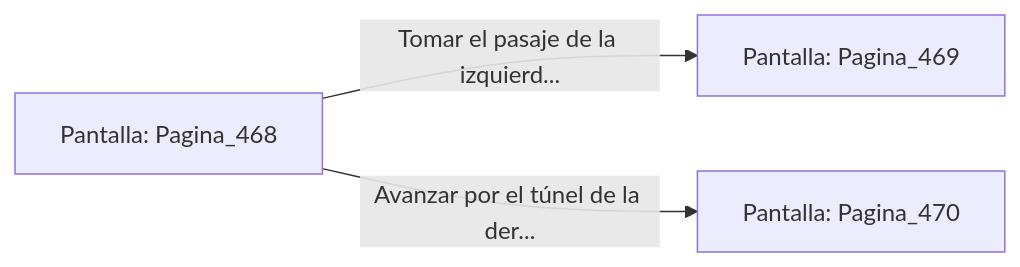
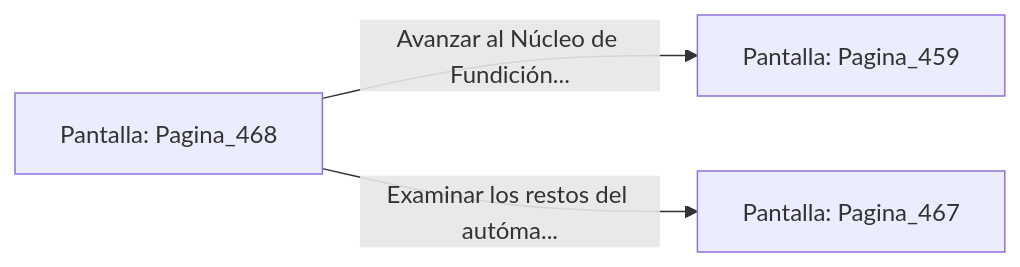
The diagram in sample/eligejuego-vault/Pantalla_Pagina_468.md (metsuke/mpl), drawn with Mermaid before and after one commit. The commit also changed other lines of this file and 635 other files, not shown here.

First line of the commit message:
fix: añadir Pagina_1 como pantalla inicial en capitulo_01.mpl

````diff
--- a/sample/eligejuego-vault/Pantalla_Pagina_468.md
+++ b/sample/eligejuego-vault/Pantalla_Pagina_468.md
@@ -20,6 +22,6 @@
 ```mermaid
 graph LR
     P_Pagina_468["Pantalla: Pagina_468"]
-    P_Pagina_468 -->|"Tomar el pasaje de la izquierd..."| P_Pagina_469["Pantalla: Pagina_469"]
-    P_Pagina_468 -->|"Avanzar por el túnel de la der..."| P_Pagina_470["Pantalla: Pagina_470"]
+    P_Pagina_468 -->|"Avanzar al Núcleo de Fundición..."| P_Pagina_459["Pantalla: Pagina_459"]
+    P_Pagina_468 -->|"Examinar los restos del autóma..."| P_Pagina_467["Pantalla: Pagina_467"]
 ```
````
